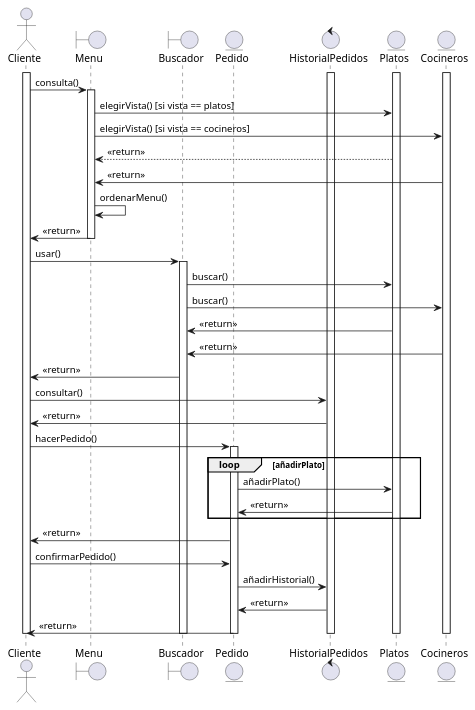
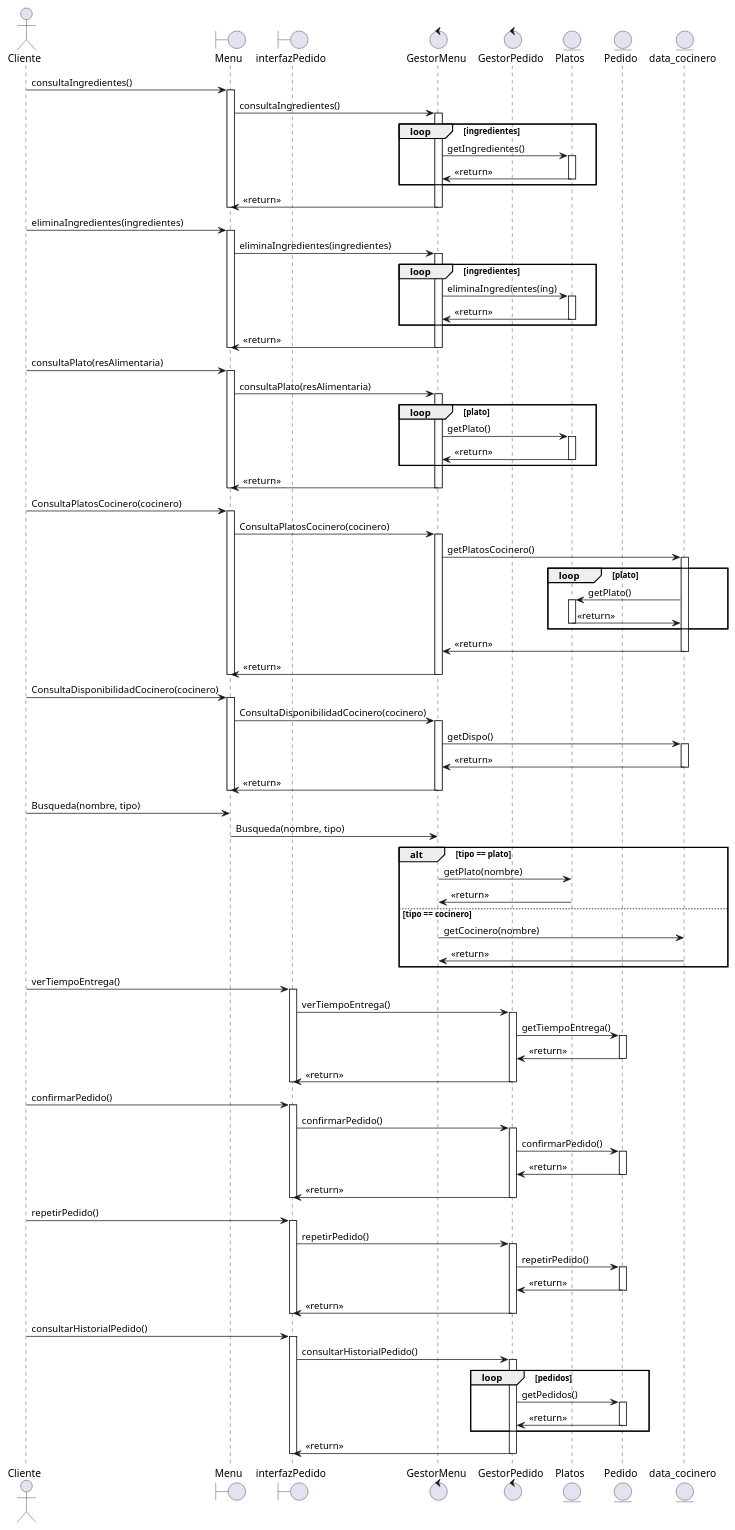
Before and after one commit to dabien3/ES25UAB-511-05: the diagram in documents/Diagramas Secuencia/CodigoUML/bloq2.pUML, drawn with PlantUML. The commit also changed 1 other file, not shown here.

Commit message:
bloq2 diagrama seq reviewed

```diff
--- a/documents/Diagramas Secuencia/CodigoUML/bloq2.pUML
+++ b/documents/Diagramas Secuencia/CodigoUML/bloq2.pUML
@@ -1,58 +1,142 @@
 @startuml
 actor Cliente
 boundary Menu
-boundary Buscador
+boundary interfazPedido
+control GestorMenu
+control GestorPedido
+entity Platos
 entity Pedido
-control HistorialPedidos
-entity Platos
-entity Cocineros
+entity data_cocinero
 
-activate Cliente
+Cliente -> Menu : consultaIngredientes()
+activate Menu
+Menu -> GestorMenu : consultaIngredientes()
+activate GestorMenu
+loop ingredientes
+GestorMenu -> Platos : getIngredientes()
 activate Platos
-activate Cocineros
-activate HistorialPedidos
+Platos -> GestorMenu : <<return>>
+deactivate Platos
+end
+GestorMenu -> Menu : <<return>>
+deactivate Menu
+deactivate GestorMenu
 
-Cliente -> Menu : consulta()
+Cliente -> Menu : eliminaIngredientes(ingredientes)
 activate Menu
+Menu -> GestorMenu : eliminaIngredientes(ingredientes)
+activate GestorMenu
+loop ingredientes
+GestorMenu -> Platos : eliminaIngredientes(ing)
+activate Platos
+Platos -> GestorMenu : <<return>>
+deactivate Platos
+end
+GestorMenu -> Menu : <<return>>
+deactivate Menu
+deactivate GestorMenu
 
-Menu -> Platos : elegirVista() [si vista == platos]
-Menu -> Cocineros : elegirVista() [si vista == cocineros]
-Platos --> Menu : <<return>>
-Cocineros -> Menu : <<return>>
-Menu -> Menu : ordenarMenu()
-Menu -> Cliente : <<return>>
+Cliente -> Menu : consultaPlato(resAlimentaria)
+activate Menu
+Menu -> GestorMenu : consultaPlato(resAlimentaria)
+activate GestorMenu
+loop plato
+GestorMenu -> Platos : getPlato()
+activate Platos
+Platos -> GestorMenu : <<return>>
+deactivate Platos
+end
+GestorMenu -> Menu : <<return>>
+deactivate Menu
+deactivate GestorMenu
+
+Cliente -> Menu : ConsultaPlatosCocinero(cocinero)
+activate Menu
+Menu -> GestorMenu : ConsultaPlatosCocinero(cocinero)
+activate GestorMenu
+GestorMenu -> data_cocinero : getPlatosCocinero()
+activate data_cocinero
+loop plato
+data_cocinero -> Platos : getPlato()
+activate Platos
+Platos -> data_cocinero : <<return>>
+deactivate Platos
+end
+data_cocinero -> GestorMenu : <<return>>
+deactivate data_cocinero
+GestorMenu -> Menu : <<return>>
+deactivate GestorMenu
 deactivate Menu
 
-Cliente -> Buscador : usar()
-activate Buscador
+Cliente -> Menu : ConsultaDisponibilidadCocinero(cocinero)
+activate Menu
+Menu -> GestorMenu : ConsultaDisponibilidadCocinero(cocinero)
+activate GestorMenu
+GestorMenu -> data_cocinero : getDispo()
+activate data_cocinero
+data_cocinero -> GestorMenu : <<return>>
+deactivate data_cocinero
+GestorMenu -> Menu : <<return>>
+deactivate GestorMenu
+deactivate Menu
 
-Buscador -> Platos : buscar()
-Buscador -> Cocineros : buscar()
-Platos -> Buscador : <<return>>
-Cocineros -> Buscador : <<return>>
-Buscador -> Cliente : <<return>>
+Cliente -> Menu : Busqueda(nombre, tipo)
+Menu -> GestorMenu : Busqueda(nombre, tipo)
+alt tipo == plato
+GestorMenu -> Platos: getPlato(nombre)
+Platos -> GestorMenu : <<return>>
+else tipo == cocinero
+GestorMenu -> data_cocinero : getCocinero(nombre)
+data_cocinero -> GestorMenu : <<return>>
+end
 
-Cliente -> HistorialPedidos : consultar()
-HistorialPedidos -> Cliente : <<return>>
+Cliente -> interfazPedido : verTiempoEntrega()
+activate interfazPedido
+interfazPedido -> GestorPedido : verTiempoEntrega()
+activate GestorPedido
+GestorPedido -> Pedido : getTiempoEntrega()
+activate Pedido
+Pedido -> GestorPedido : <<return>>
+deactivate Pedido
+GestorPedido -> interfazPedido : <<return>>
+deactivate GestorPedido
+deactivate interfazPedido
 
-Cliente -> Pedido : hacerPedido()
+Cliente -> interfazPedido : confirmarPedido()
+activate interfazPedido
+interfazPedido -> GestorPedido : confirmarPedido()
+activate GestorPedido
+GestorPedido -> Pedido : confirmarPedido()
 activate Pedido
-loop añadirPlato
-   Pedido -> Platos : añadirPlato()
-   Platos -> Pedido : <<return>>
-end 
-Pedido -> Cliente : <<return>>
-Cliente -> Pedido : confirmarPedido()
-Pedido -> HistorialPedidos : añadirHistorial()
-HistorialPedidos -> Pedido : <<return>>
-Pedido -> Cliente : <<return>>
+Pedido -> GestorPedido : <<return>>
 deactivate Pedido
+GestorPedido -> interfazPedido : <<return>>
+deactivate GestorPedido
+deactivate interfazPedido
 
+Cliente -> interfazPedido : repetirPedido()
+activate interfazPedido
+interfazPedido -> GestorPedido : repetirPedido()
+activate GestorPedido
+GestorPedido -> Pedido : repetirPedido()
+activate Pedido
+Pedido -> GestorPedido : <<return>>
+deactivate Pedido
+GestorPedido -> interfazPedido : <<return>>
+deactivate GestorPedido
+deactivate interfazPedido
 
-deactivate HistorialPedidos
-deactivate Buscador
-deactivate Menu
-deactivate Cocineros
-deactivate Platos
-deactivate Cliente
+Cliente -> interfazPedido : consultarHistorialPedido()
+activate interfazPedido
+interfazPedido -> GestorPedido : consultarHistorialPedido()
+activate GestorPedido
+loop pedidos
+GestorPedido -> Pedido : getPedidos()
+activate Pedido
+Pedido -> GestorPedido : <<return>>
+deactivate Pedido
+end
+GestorPedido -> interfazPedido : <<return>>
+deactivate GestorPedido
+deactivate interfazPedido
 @enduml
```
